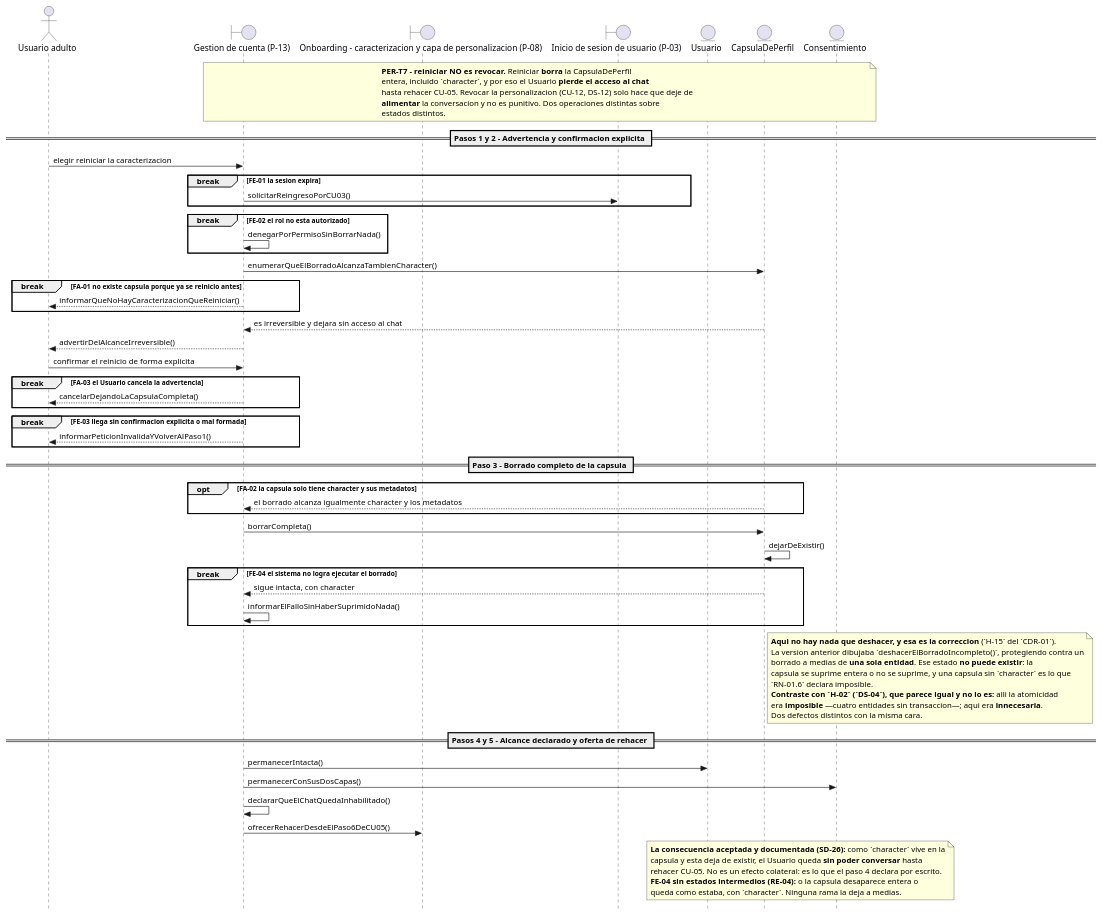
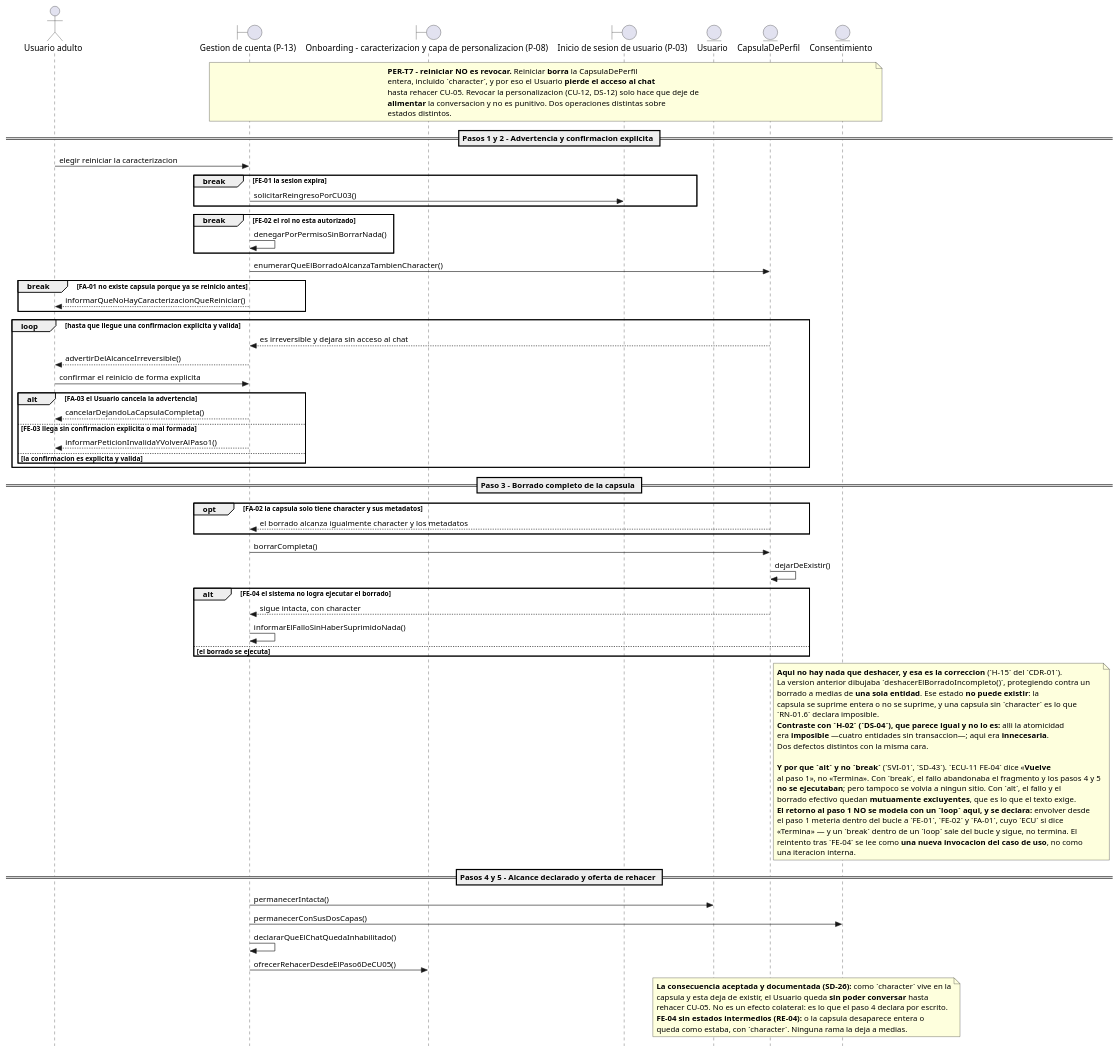
Before and after one commit to jonatan8254/alan-aura-academico: the diagram in docs/07_casos_uso/secuencia/puml/DS-11_secuencia_reiniciar_la_caracterizacion.puml, drawn with PlantUML. The commit also changed 17 other files, not shown here.

```diff
--- a/docs/07_casos_uso/secuencia/puml/DS-11_secuencia_reiniciar_la_caracterizacion.puml
+++ b/docs/07_casos_uso/secuencia/puml/DS-11_secuencia_reiniciar_la_caracterizacion.puml
@@ -1,107 +1,126 @@
 @startuml
 ' DS-11 - Secuencia de CU-11 «Reiniciar la caracterizacion»
+' v1.3 (SVI-01 del CDR-01 v1.5, SD-43): FA-03 y FE-03 a `alt` dentro de un `loop`, y FE-04 a `alt` (ECU-11: los tres «Vuelve»).
+'       Tercer intento sobre la misma rama, y el primero que lee el DESENLACE de la
+'       ECU en vez de la categoria del flujo. `break` abandonaba; `opt` caia al exito;
+'       `break` otra vez (SD-41) se restauro alegando que la ECU decia «Termina», lo
+'       cual es FALSO. Ahora `loop` + `alt`: el alt excluye, el loop realiza el retorno.
+'       Los break legitimos quedan FUERA del loop a proposito: dentro saldrian del
+'       bucle y seguirian ejecutando, en vez de terminar.
 ' v1.2 (VI-01 del CDR-01 v1.4, SD-41): FA-03, FE-03 y FE-04 vuelven de opt a BREAK.
 '       Criterio: estan a profundidad 0 —el fragmento envolvente es la interaccion
 '       entera— y su fila de ECU declara que el remanente NO se ejecuta. En UML 2.5
 '       `break` ejecuta su operando EN LUGAR DEL RESTO: es esa semantica exacta.
 '       `opt` solo saltaba su cuerpo y el flujo caia al exito.
 '       Consecuencia declarada: para estos casos el `break` ORIGINAL era correcto y
 '       esa parte de H-01 fue un falso positivo. Ver DS-00 §12.
 ' v1.1 (CDR-01): H-01 — FA-03, FE-03 y FE-04 pasan de break a opt.
 '       H-15 — FE-04 deja de deshacer un borrado parcial que sobre UNA entidad no puede existir.
 ' v1.0 (fase de diseno detallado, ICONIX paso 6)
 ' Insumos: DR-11 v2.0 (11 controladores), ECU-11 v2.0, MD-01 v1.4, DCU-01 v2.1,
 '          DIS-00 (P-13; destinos P-08, P-03), PER-01 v1.2 (PER-T7), RN-01.6.
 ' Capa de infraestructura: NO EJECUTADA por decision declarada (E-1 de DS-00).
 
 skinparam style strictuml
 skinparam shadowing false
 skinparam responseMessageBelowArrow true
 
 actor "Usuario adulto" as ACT_Usuario
 boundary "Gestion de cuenta (P-13)" as B_PaginaGestionCuenta
 boundary "Onboarding - caracterizacion y capa de personalizacion (P-08)" as B_PantallaCaracterizacion
 boundary "Inicio de sesion de usuario (P-03)" as B_PaginaInicioSesion
 entity "Usuario" as E_Usuario
 entity "CapsulaDePerfil" as E_CapsulaDePerfil
 entity "Consentimiento" as E_Consentimiento
 
 note over B_PaginaGestionCuenta, E_Consentimiento
   <b>PER-T7 - reiniciar NO es revocar.</b> Reiniciar <b>borra</b> la CapsulaDePerfil
   entera, incluido `character`, y por eso el Usuario <b>pierde el acceso al chat</b>
   hasta rehacer CU-05. Revocar la personalizacion (CU-12, DS-12) solo hace que deje de
   <b>alimentar</b> la conversacion y no es punitivo. Dos operaciones distintas sobre
   estados distintos.
 end note
 
 == Pasos 1 y 2 - Advertencia y confirmacion explicita ==
 
 ACT_Usuario -> B_PaginaGestionCuenta : elegir reiniciar la caracterizacion
 
 break FE-01 la sesion expira
   B_PaginaGestionCuenta -> B_PaginaInicioSesion : solicitarReingresoPorCU03()
 end
 
 break FE-02 el rol no esta autorizado
   B_PaginaGestionCuenta -> B_PaginaGestionCuenta : denegarPorPermisoSinBorrarNada()
 end
 
 B_PaginaGestionCuenta -> E_CapsulaDePerfil : enumerarQueElBorradoAlcanzaTambienCharacter()
 
 break FA-01 no existe capsula porque ya se reinicio antes
   B_PaginaGestionCuenta --> ACT_Usuario : informarQueNoHayCaracterizacionQueReiniciar()
 end
 
-E_CapsulaDePerfil --> B_PaginaGestionCuenta : es irreversible y dejara sin acceso al chat
-B_PaginaGestionCuenta --> ACT_Usuario : advertirDelAlcanceIrreversible()
-ACT_Usuario -> B_PaginaGestionCuenta : confirmar el reinicio de forma explicita
+loop hasta que llegue una confirmacion explicita y valida
+  E_CapsulaDePerfil --> B_PaginaGestionCuenta : es irreversible y dejara sin acceso al chat
+  B_PaginaGestionCuenta --> ACT_Usuario : advertirDelAlcanceIrreversible()
+  ACT_Usuario -> B_PaginaGestionCuenta : confirmar el reinicio de forma explicita
 
-break FA-03 el Usuario cancela la advertencia
-  B_PaginaGestionCuenta --> ACT_Usuario : cancelarDejandoLaCapsulaCompleta()
-end
-
-break FE-03 llega sin confirmacion explicita o mal formada
-  B_PaginaGestionCuenta --> ACT_Usuario : informarPeticionInvalidaYVolverAlPaso1()
+  alt FA-03 el Usuario cancela la advertencia
+    B_PaginaGestionCuenta --> ACT_Usuario : cancelarDejandoLaCapsulaCompleta()
+  else FE-03 llega sin confirmacion explicita o mal formada
+    B_PaginaGestionCuenta --> ACT_Usuario : informarPeticionInvalidaYVolverAlPaso1()
+  else la confirmacion es explicita y valida
+  end
 end
 
 == Paso 3 - Borrado completo de la capsula ==
 
 opt FA-02 la capsula solo tiene character y sus metadatos
   E_CapsulaDePerfil --> B_PaginaGestionCuenta : el borrado alcanza igualmente character y los metadatos
 end
 
 B_PaginaGestionCuenta -> E_CapsulaDePerfil : borrarCompleta()
 E_CapsulaDePerfil -> E_CapsulaDePerfil : dejarDeExistir()
 
-break FE-04 el sistema no logra ejecutar el borrado
+alt FE-04 el sistema no logra ejecutar el borrado
   E_CapsulaDePerfil --> B_PaginaGestionCuenta : sigue intacta, con character
   B_PaginaGestionCuenta -> B_PaginaGestionCuenta : informarElFalloSinHaberSuprimidoNada()
+else el borrado se ejecuta
 end
 
 note right of E_CapsulaDePerfil
   <b>Aqui no hay nada que deshacer, y esa es la correccion</b> (`H-15` del `CDR-01`).
   La version anterior dibujaba `deshacerElBorradoIncompleto()`, protegiendo contra un
   borrado a medias de <b>una sola entidad</b>. Ese estado <b>no puede existir</b>: la
   capsula se suprime entera o no se suprime, y una capsula sin `character` es lo que
   `RN-01.6` declara imposible.
   <b>Contraste con `H-02` (`DS-04`), que parece igual y no lo es:</b> alli la atomicidad
   era <b>imposible</b> —cuatro entidades sin transaccion—; aqui era <b>innecesaria</b>.
   Dos defectos distintos con la misma cara.
+
+  <b>Y por que `alt` y no `break`</b> (`SVI-01`, `SD-43`). `ECU-11 FE-04` dice «<b>Vuelve</b>
+  al paso 1», no «Termina». Con `break`, el fallo abandonaba el fragmento y los pasos 4 y 5
+  <b>no se ejecutaban</b>; pero tampoco se volvia a ningun sitio. Con `alt`, el fallo y el
+  borrado efectivo quedan <b>mutuamente excluyentes</b>, que es lo que el texto exige.
+  <b>El retorno al paso 1 NO se modela con un `loop` aqui, y se declara:</b> envolver desde
+  el paso 1 meteria dentro del bucle a `FE-01`, `FE-02` y `FA-01`, cuyo `ECU` si dice
+  «Termina» — y un `break` dentro de un `loop` sale del bucle y sigue, no termina. El
+  reintento tras `FE-04` se lee como <b>una nueva invocacion del caso de uso</b>, no como
+  una iteracion interna.
 end note
 
 == Pasos 4 y 5 - Alcance declarado y oferta de rehacer ==
 
 B_PaginaGestionCuenta -> E_Usuario : permanecerIntacta()
 B_PaginaGestionCuenta -> E_Consentimiento : permanecerConSusDosCapas()
 B_PaginaGestionCuenta -> B_PaginaGestionCuenta : declararQueElChatQuedaInhabilitado()
 B_PaginaGestionCuenta -> B_PantallaCaracterizacion : ofrecerRehacerDesdeElPaso6DeCU05()
 
 note over E_CapsulaDePerfil, E_Consentimiento
   <b>La consecuencia aceptada y documentada (SD-26):</b> como `character` vive en la
   capsula y esta deja de existir, el Usuario queda <b>sin poder conversar</b> hasta
   rehacer CU-05. No es un efecto colateral: es lo que el paso 4 declara por escrito.
   <b>FE-04 sin estados intermedios (RE-04):</b> o la capsula desaparece entera o
   queda como estaba, con `character`. Ninguna rama la deja a medias.
 end note
 
 @enduml
```
